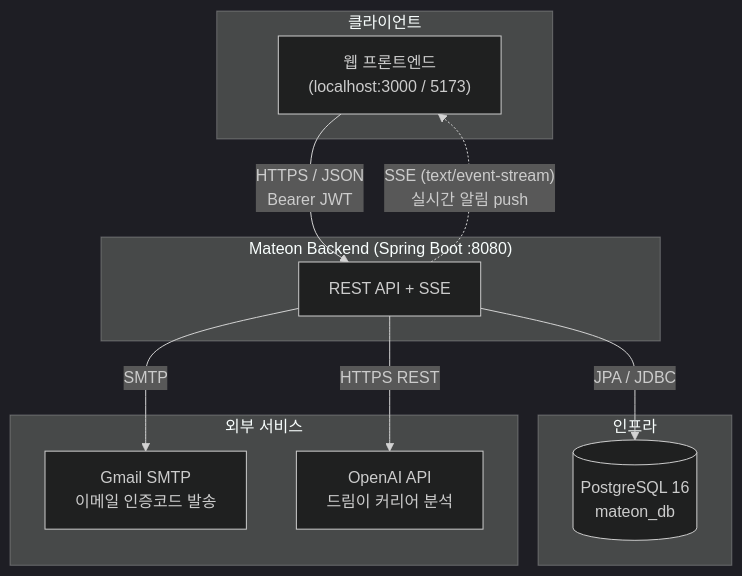
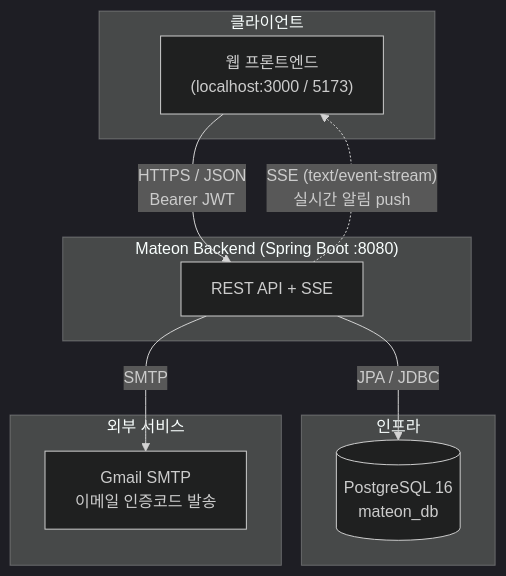
One commit to eagleindesert/mateon-backend changed the first of 8 diagrams in docs/architecture.md. Above: the diagram before and after it, drawn with Mermaid (dark theme). The commit also changed other lines of this file and 13 other files, not shown here.

````diff
--- a/docs/architecture.md
+++ b/docs/architecture.md
@@ -15,25 +15,23 @@
 ```mermaid
 graph TB
     subgraph Clients["클라이언트"]
         WEB["웹 프론트엔드<br/>(localhost:3000 / 5173)"]
     end
 
     subgraph Backend["Mateon Backend (Spring Boot :8080)"]
         API["REST API + SSE"]
     end
 
     subgraph Infra["인프라"]
         DB[("PostgreSQL 16<br/>mateon_db")]
     end
 
     subgraph External["외부 서비스"]
         SMTP["Gmail SMTP<br/>이메일 인증코드 발송"]
-        OPENAI["OpenAI API<br/>드림이 커리어 분석"]
     end
 
     WEB -->|"HTTPS / JSON<br/>Bearer JWT"| API
     API -.->|"SSE (text/event-stream)<br/>실시간 알림 push"| WEB
     API -->|JPA / JDBC| DB
     API -->|SMTP| SMTP
-    API -->|"HTTPS REST"| OPENAI
 ```
````
